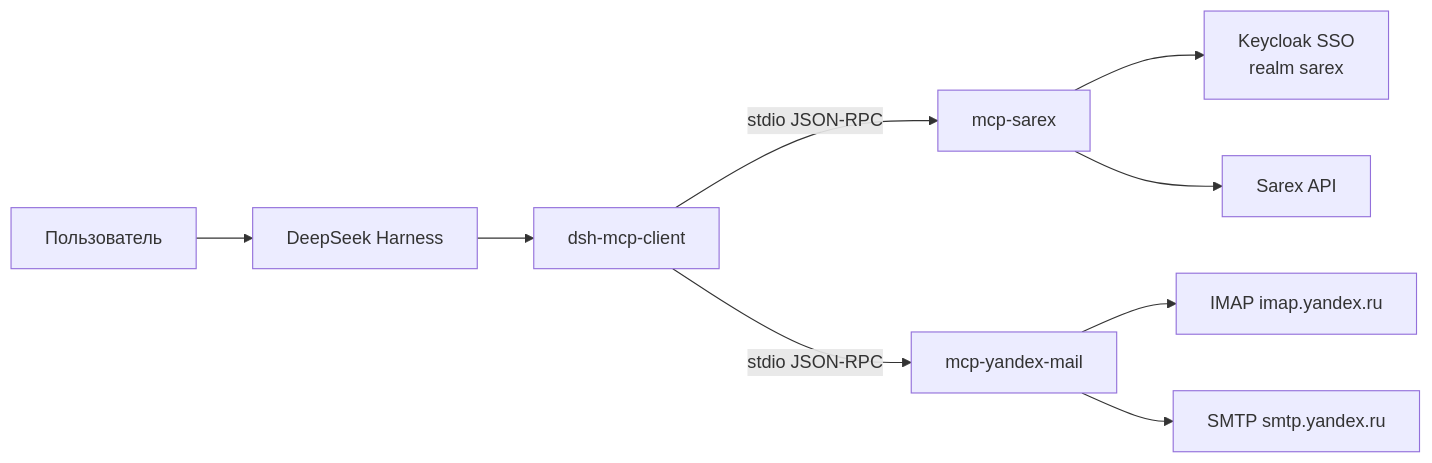
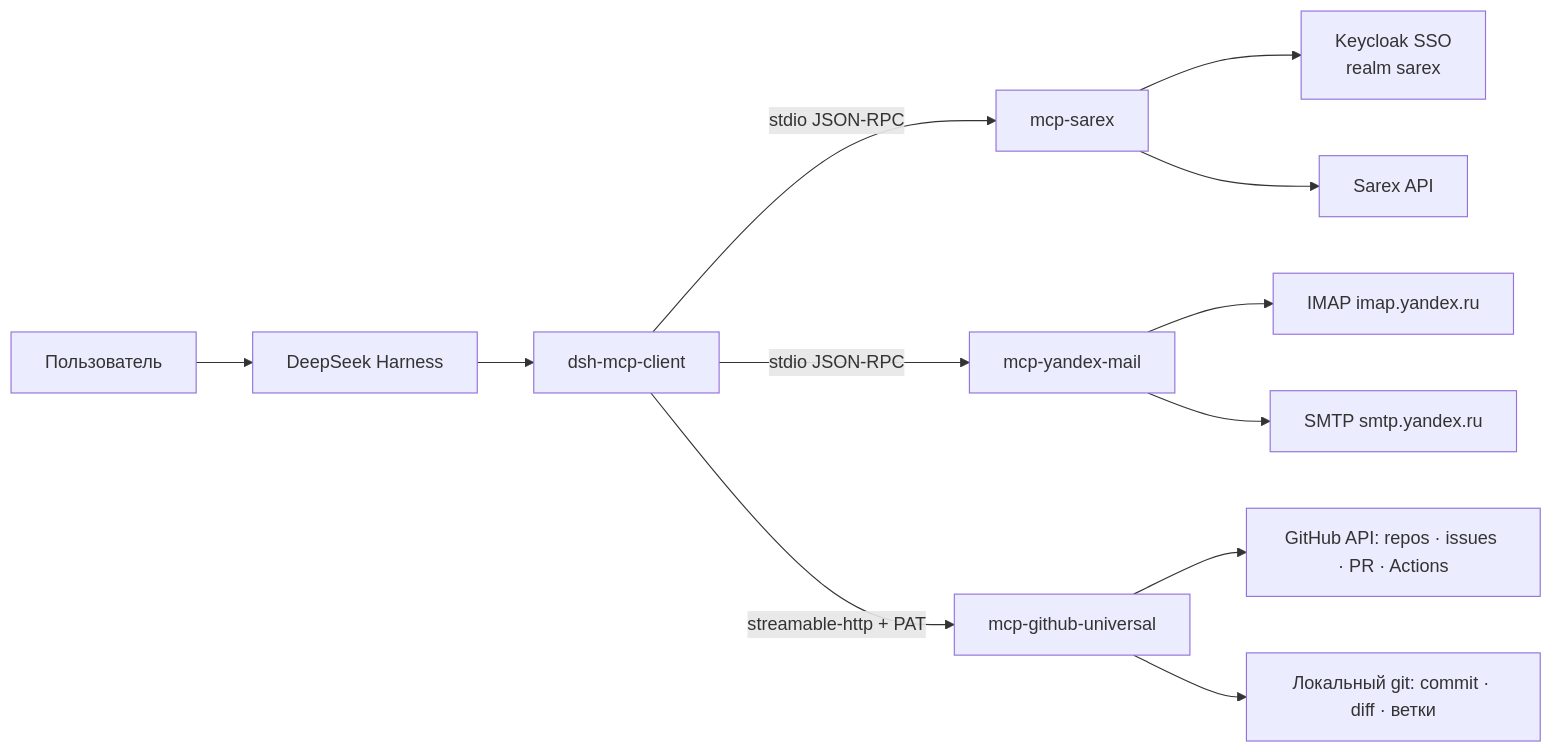
The first of 2 diagrams in README.md (rukazax/deepseek_harness), drawn with Mermaid before and after one commit. The commit also changed other lines of this file and 4 other files, not shown here.

Commit message:
docs: index mcp-github-universal and extend the publishing rule to settings and rules

````diff
--- a/README.md
+++ b/README.md
@@ -49,11 +50,14 @@
 ```mermaid
 flowchart LR
     U[Пользователь] --> DSH[DeepSeek Harness]
     DSH --> P[dsh-mcp-client]
     P -->|stdio JSON-RPC| S1[mcp-sarex]
     P -->|stdio JSON-RPC| S2[mcp-yandex-mail]
+    P -->|streamable-http + PAT| S3[mcp-github-universal]
     S1 --> KC[Keycloak SSO<br/>realm sarex]
     S1 --> API[Sarex API]
     S2 --> IMAP[IMAP imap.yandex.ru]
     S2 --> SMTP[SMTP smtp.yandex.ru]
+    S3 --> GH[GitHub API: repos · issues · PR · Actions]
+    S3 --> LG[Локальный git: commit · diff · ветки]
 ```
````
